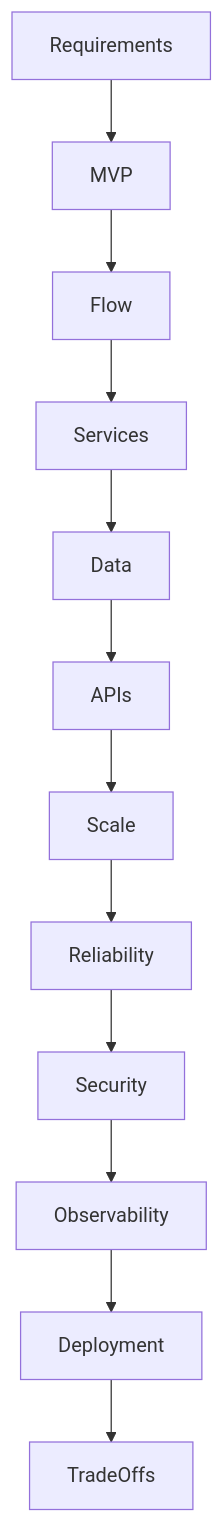
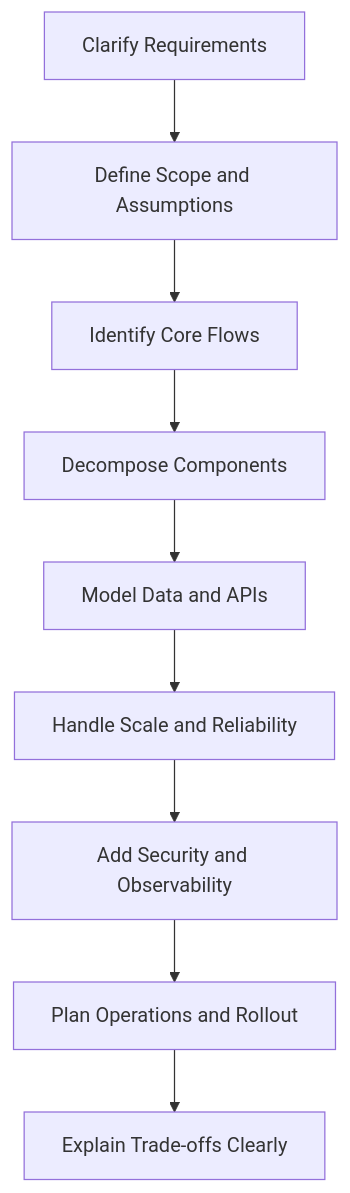
Before and after one commit to dbajajmnk/systemdesign: the first of 3 diagrams in systemdesign/15. End-to-End System Design Walkthrough/How.md, drawn with Mermaid. The commit also changed other lines of this file and 1 other file, not shown here.

`````diff
--- a/systemdesign/15. End-to-End System Design Walkthrough/How.md
+++ b/systemdesign/15. End-to-End System Design Walkthrough/How.md
@@ -243,4 +576,11 @@
-```mermaid
+```mermaid id="j3rvsm"
 flowchart TD
-    Requirements --> MVP --> Flow --> Services --> Data --> APIs --> Scale --> Reliability --> Security --> Observability --> Deployment --> TradeOffs
-```
+    A[Clarify Requirements] --> B[Define Scope and Assumptions]
+    B --> C[Identify Core Flows]
+    C --> D[Decompose Components]
+    D --> E[Model Data and APIs]
+    E --> F[Handle Scale and Reliability]
+    F --> G[Add Security and Observability]
+    G --> H[Plan Operations and Rollout]
+    H --> I[Explain Trade-offs Clearly]
+````
`````
